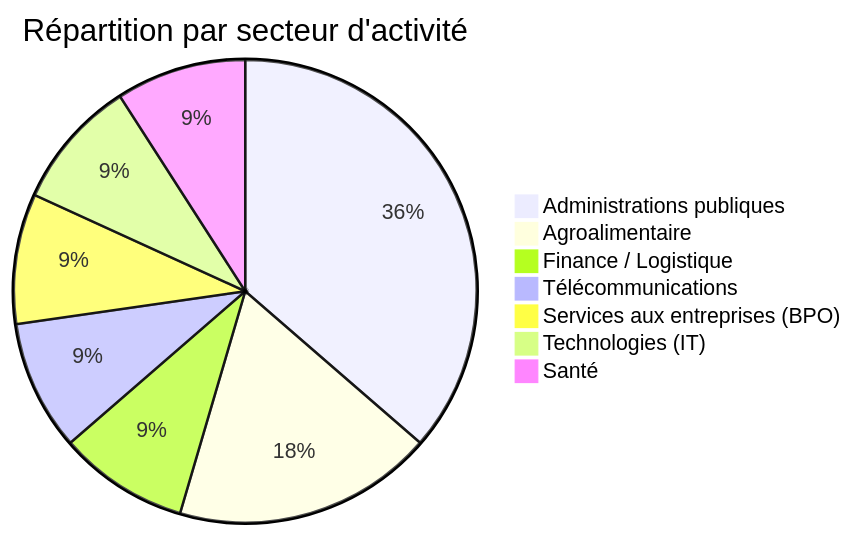
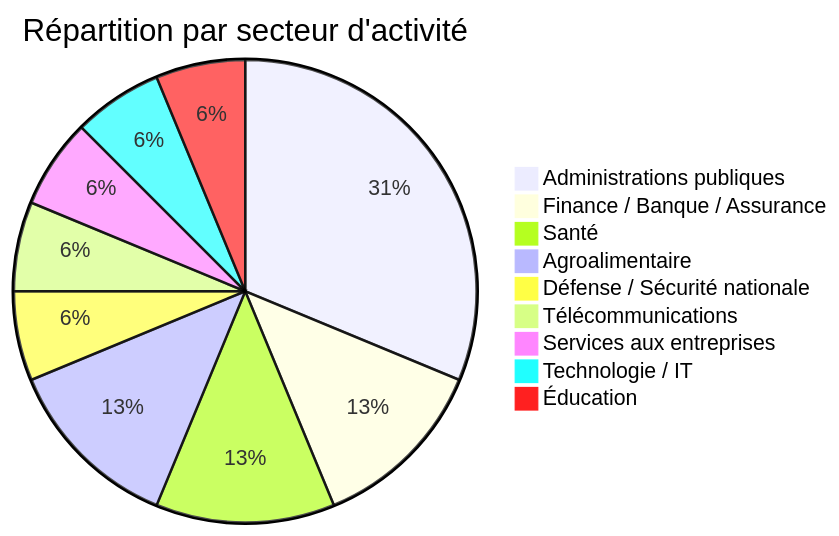
Before and after one commit to Hatchepsoute/AFRINTEL: the second of 5 diagrams in CyberAttackAfrica/2025/04-april/README_FR.md, drawn with Mermaid. The commit also changed other lines of this file and 255 other files, not shown here.

````diff
--- a/CyberAttackAfrica/2025/04-april/README_FR.md
+++ b/CyberAttackAfrica/2025/04-april/README_FR.md
@@ -59,10 +67,12 @@
 ```mermaid
 pie title Répartition par secteur d'activité
-    "Administrations publiques" : 4
+    "Administrations publiques" : 5
+    "Finance / Banque / Assurance" : 2
+    "Santé" : 2
     "Agroalimentaire" : 2
-    "Finance / Logistique" : 1
+    "Défense / Sécurité nationale" : 1
     "Télécommunications" : 1
-    "Services aux entreprises (BPO)" : 1
-    "Technologies (IT)" : 1
-    "Santé" : 1
+    "Services aux entreprises" : 1
+    "Technologie / IT" : 1
+    "Éducation" : 1
 ```
````
